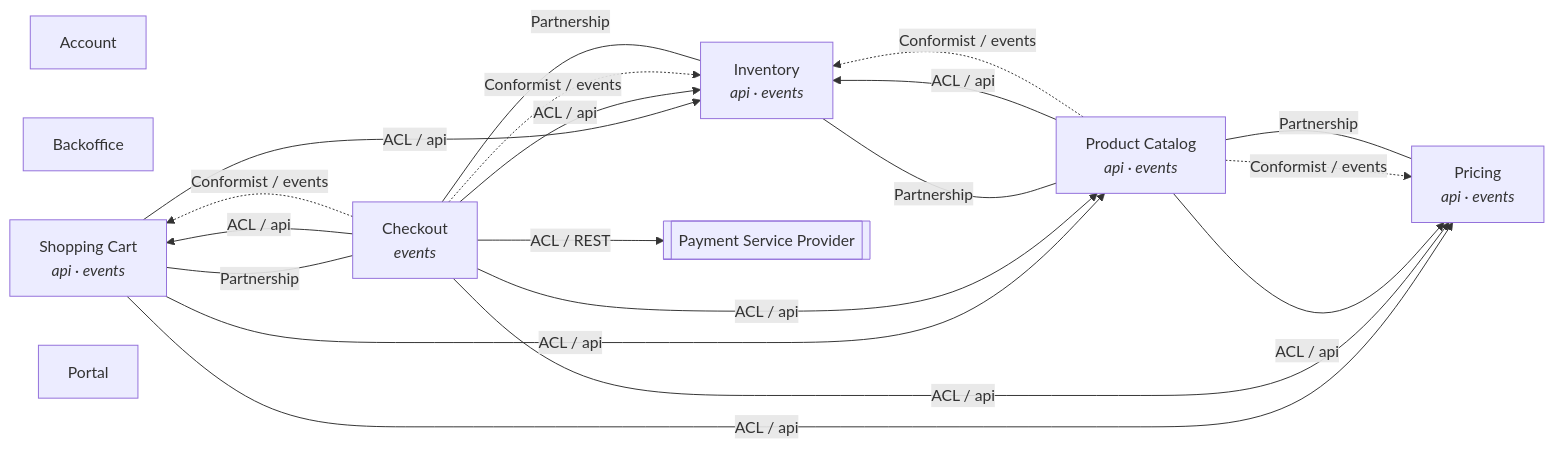
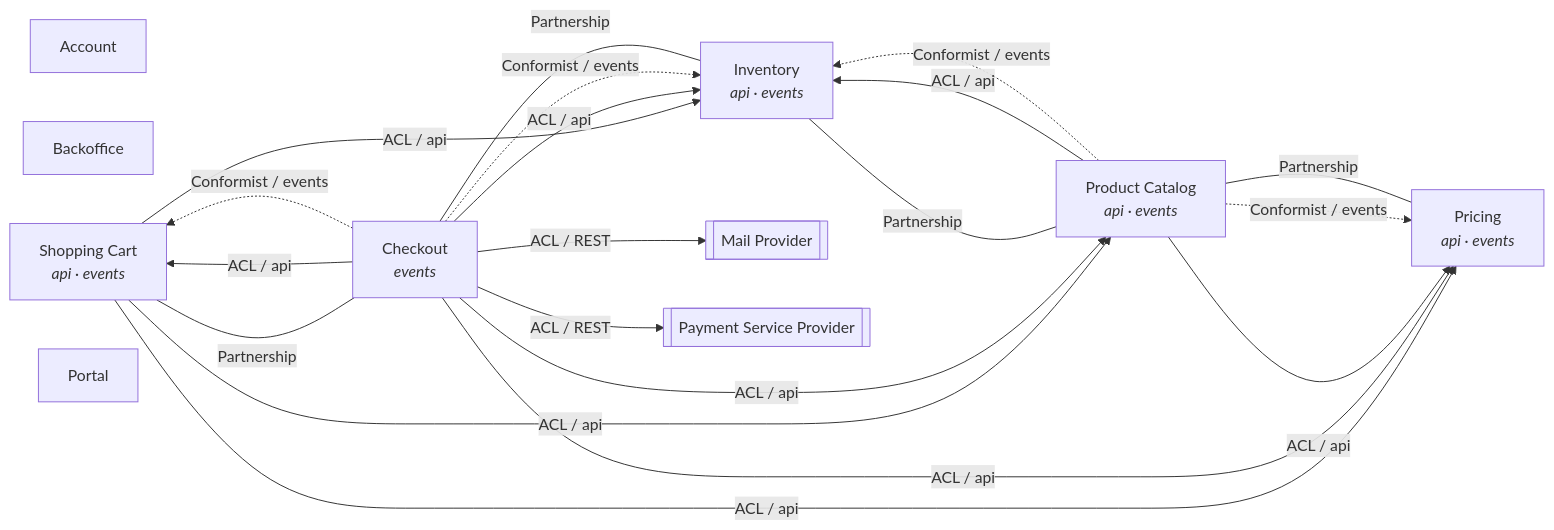
The diagram in docs/architecture/context-map.md (domain-centric-development/dca-ecommerce-sample-dotnet), drawn with Mermaid before and after one commit. The commit also changed other lines of this file and 30 other files, not shown here.

````diff
--- a/docs/architecture/context-map.md
+++ b/docs/architecture/context-map.md
@@ -31,31 +31,33 @@
 ```mermaid
 graph LR
   Account["Account"]
   Backoffice["Backoffice"]
   Cart["Shopping Cart<br/><i>api · events</i>"]
   Checkout["Checkout<br/><i>events</i>"]
   Inventory["Inventory<br/><i>api · events</i>"]
   Portal["Portal"]
   Pricing["Pricing<br/><i>api · events</i>"]
   Product["Product Catalog<br/><i>api · events</i>"]
 
   Cart -->|"ACL / api"| Inventory
   Cart -->|"ACL / api"| Pricing
   Cart -->|"ACL / api"| Product
   Checkout -->|"ACL / api"| Cart
   Checkout -.->|"Conformist / events"| Cart
   Checkout -->|"ACL / api"| Inventory
   Checkout -.->|"Conformist / events"| Inventory
   Checkout -->|"ACL / api"| Pricing
   Checkout -->|"ACL / api"| Product
   Product -->|"ACL / api"| Inventory
   Product -.->|"Conformist / events"| Inventory
   Product -->|"ACL / api"| Pricing
   Product -.->|"Conformist / events"| Pricing
+  ext_mail_provider[["Mail Provider"]]
   ext_payment_service_provider[["Payment Service Provider"]]
+  Checkout -->|"ACL / REST"| ext_mail_provider
   Checkout -->|"ACL / REST"| ext_payment_service_provider
   Cart ---|"Partnership"| Checkout
   Checkout ---|"Partnership"| Inventory
   Inventory ---|"Partnership"| Product
   Pricing ---|"Partnership"| Product
 ```
````
